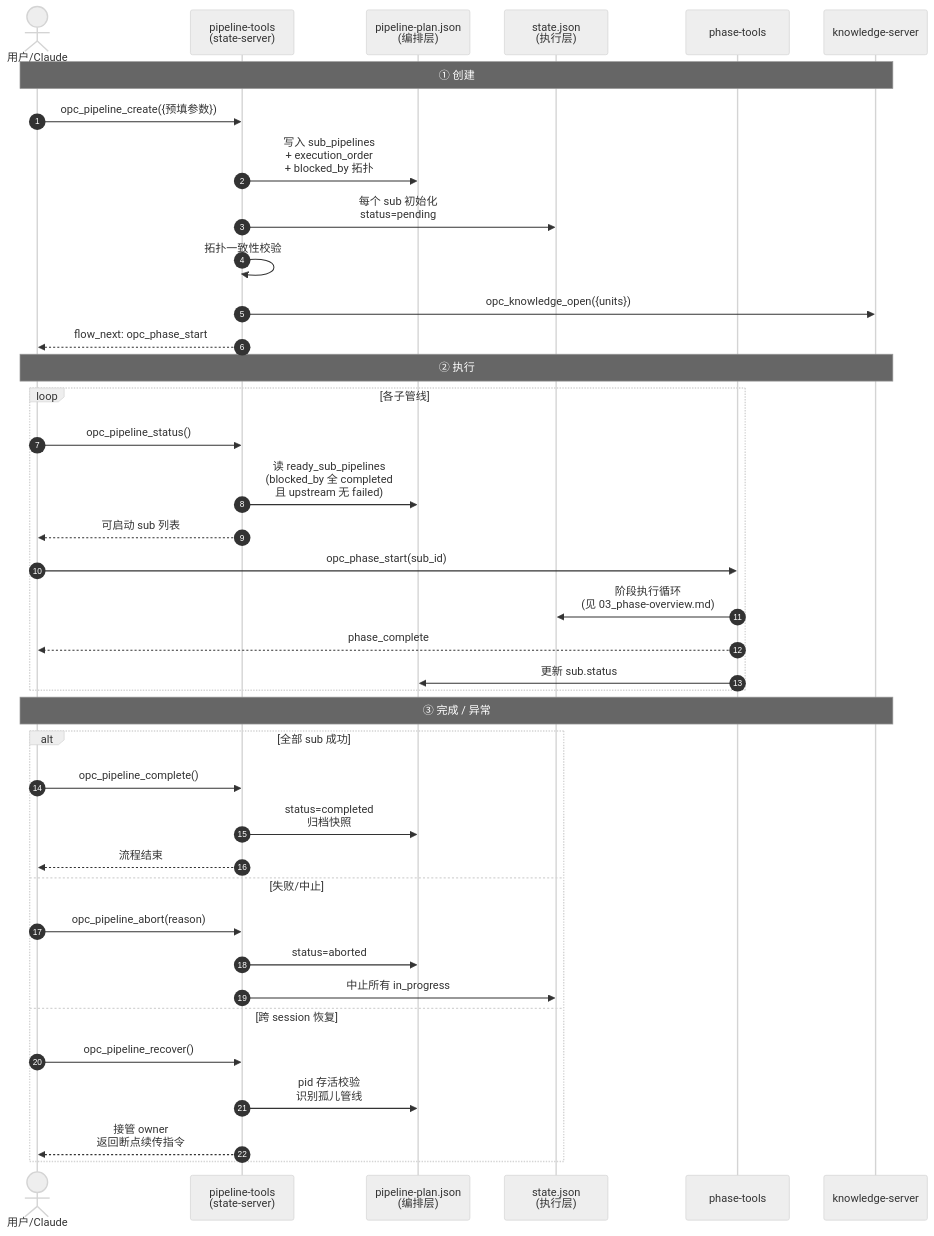
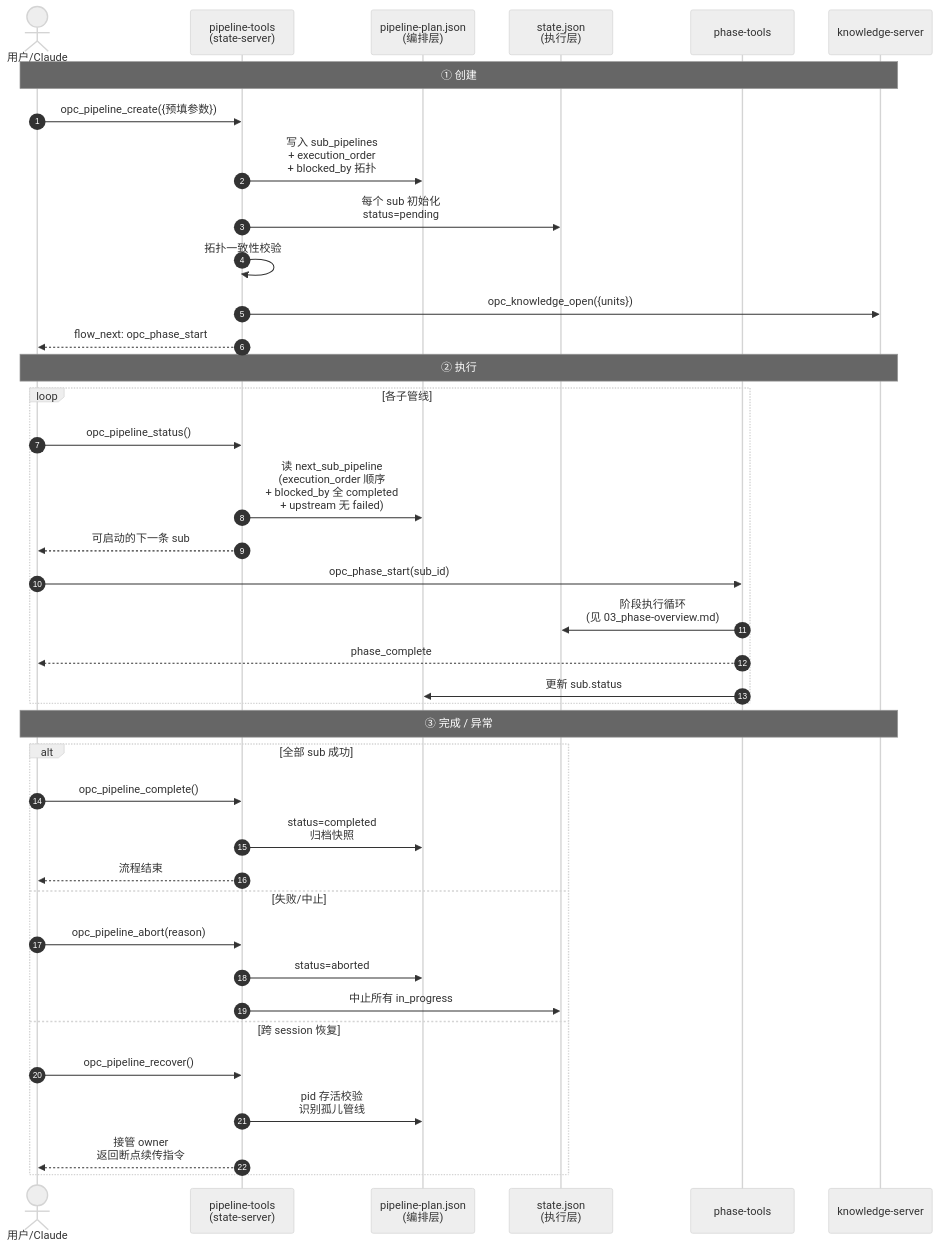
Before and after one commit to CaffeineOddity/opc-marketplace: the first of 2 diagrams in doc/feature/02-opc-state-server/02-pipeline/00_overview.md, drawn with Mermaid (neutral theme). The commit also changed other lines of this file and 46 other files, not shown here.

First line of the commit message:
docs: add reflection call-sequence contract + three-server seam matrix, align flow tools

````diff
--- a/doc/feature/02-opc-state-server/02-pipeline/00_overview.md
+++ b/doc/feature/02-opc-state-server/02-pipeline/00_overview.md
@@ -13,45 +13,45 @@
 ```mermaid
 sequenceDiagram
     autonumber
     actor U as 用户/Claude
     participant PC as pipeline-tools<br/>(state-server)
     participant PP as pipeline-plan.json<br/>(编排层)
     participant ST as state.json<br/>(执行层)
     participant PH as phase-tools
     participant K as knowledge-server
 
     Note over U,K: ① 创建
     U->>PC: opc_pipeline_create({预填参数})
     PC->>PP: 写入 sub_pipelines<br/>+ execution_order<br/>+ blocked_by 拓扑
     PC->>ST: 每个 sub 初始化<br/>status=pending
     PC->>PC: 拓扑一致性校验
     PC->>K: opc_knowledge_open({units})
     PC-->>U: flow_next: opc_phase_start
 
     Note over U,K: ② 执行
     loop 各子管线
         U->>PC: opc_pipeline_status()
-        PC->>PP: 读 ready_sub_pipelines<br/>(blocked_by 全 completed<br/>且 upstream 无 failed)
-        PC-->>U: 可启动 sub 列表
+        PC->>PP: 读 next_sub_pipeline<br/>(execution_order 顺序<br/>+ blocked_by 全 completed<br/>+ upstream 无 failed)
+        PC-->>U: 可启动的下一条 sub
 
         U->>PH: opc_phase_start(sub_id)
         PH->>ST: 阶段执行循环<br/>(见 03_phase-overview.md)
         PH-->>U: phase_complete
         PH->>PP: 更新 sub.status
     end
 
     Note over U,K: ③ 完成 / 异常
     alt 全部 sub 成功
         U->>PC: opc_pipeline_complete()
         PC->>PP: status=completed<br/>归档快照
         PC-->>U: 流程结束
     else 失败/中止
         U->>PC: opc_pipeline_abort(reason)
         PC->>PP: status=aborted
         PC->>ST: 中止所有 in_progress
     else 跨 session 恢复
         U->>PC: opc_pipeline_recover()
         PC->>PP: pid 存活校验<br/>识别孤儿管线
         PC-->>U: 接管 owner<br/>返回断点续传指令
     end
 ```
````
